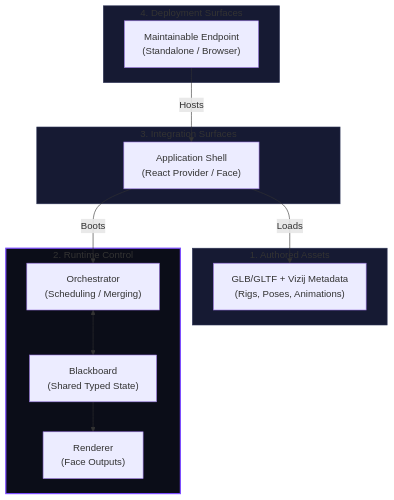
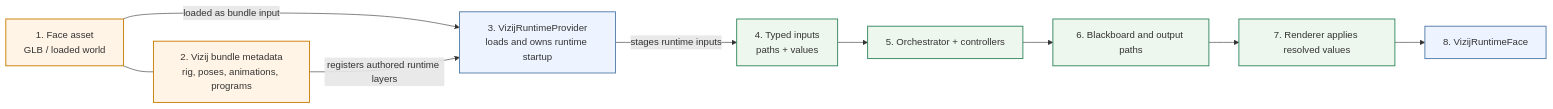
The first of 2 diagrams in current_documentation/guidebook/introduction/system-mental-model.md (vizij-ai/vizij-docs), drawn with Mermaid before and after one commit. The commit also changed other lines of this file and 24 other files, not shown here.

````diff
--- a/current_documentation/guidebook/introduction/system-mental-model.md
+++ b/current_documentation/guidebook/introduction/system-mental-model.md
@@ -51,30 +51,25 @@
 ```mermaid
-flowchart TD
-    subgraph Assets ["1. Authored Assets"]
-        model["GLB/GLTF + Vizij Metadata\n(Rigs, Poses, Animations)"]
-    end
+flowchart LR
+    classDef asset fill:#fff4e5,stroke:#c97a00,stroke-width:1.5px
+    classDef runtime fill:#eef7ee,stroke:#2f855a,stroke-width:1.5px
+    classDef app fill:#eef4ff,stroke:#4e79a7,stroke-width:1.5px
 
-    subgraph Runtime ["2. Runtime Control"]
-        orch["Orchestrator\n(Scheduling / Merging)"]
-        bb["Blackboard\n(Shared Typed State)"]
-        render["Renderer\n(Face Outputs)"]
-        orch <--> bb
-        bb --> render
-    end
+    asset["1. Face asset\nGLB / loaded world"]
+    bundle["2. Vizij bundle metadata\nrig, poses, animations, programs"]
+    provider["3. VizijRuntimeProvider\nloads and owns runtime startup"]
+    inputs["4. Typed inputs\npaths + values"]
+    orch["5. Orchestrator + controllers"]
+    board["6. Blackboard and output paths"]
+    render["7. Renderer applies resolved values"]
+    face["8. VizijRuntimeFace"]
 
-    subgraph Integration ["3. Integration Surfaces"]
-        shell["Application Shell\n(React Provider / Face)"]
-        shell -- "Loads" --> model
-        shell -- "Boots" --> orch
-    end
+    asset --- bundle
+    asset -->|"loaded as bundle input"| provider
+    bundle -->|"registers authored runtime layers"| provider
+    provider -->|"stages runtime inputs"| inputs
+    inputs --> orch --> board --> render --> face
 
-    subgraph Deployment ["4. Deployment Surfaces"]
-        endpoint["Maintainable Endpoint\n(Standalone / Browser)"]
-        endpoint -- "Hosts" --> shell
-    end
-
-    style Assets fill:#161a33,stroke:#2d3356
-    style Runtime fill:#0b0d18,stroke:#7c4dff,stroke-width:2px
-    style Integration fill:#161a33,stroke:#2d3356
-    style Deployment fill:#161a33,stroke:#2d3356
+    class asset,bundle asset
+    class inputs,orch,board,render runtime
+    class provider,face app
 ```
````
